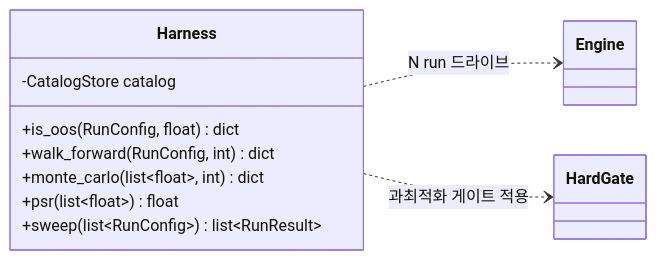
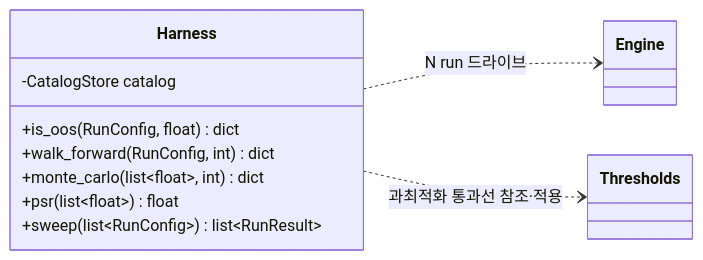
Before and after one commit to vessel35/trading-system-v2: diagram 23 of 25 in docs/fullspec/backtest_v2_detailed_design.md, drawn with Mermaid. The commit also changed other lines of this file and 1 other file, not shown here.

````diff
--- a/docs/fullspec/backtest_v2_detailed_design.md
+++ b/docs/fullspec/backtest_v2_detailed_design.md
@@ -3229,15 +3240,15 @@
 ```mermaid
 classDiagram
     direction LR
     class Harness {
         -CatalogStore catalog
         +is_oos(RunConfig, float) dict
         +walk_forward(RunConfig, int) dict
         +monte_carlo(list~float~, int) dict
         +psr(list~float~) float
         +sweep(list~RunConfig~) list~RunResult~
     }
     class Engine { }
     Harness ..> Engine : N run 드라이브
-    Harness ..> HardGate : 과최적화 게이트 적용
+    Harness ..> Thresholds : 과최적화 통과선 참조·적용
 ```
````
